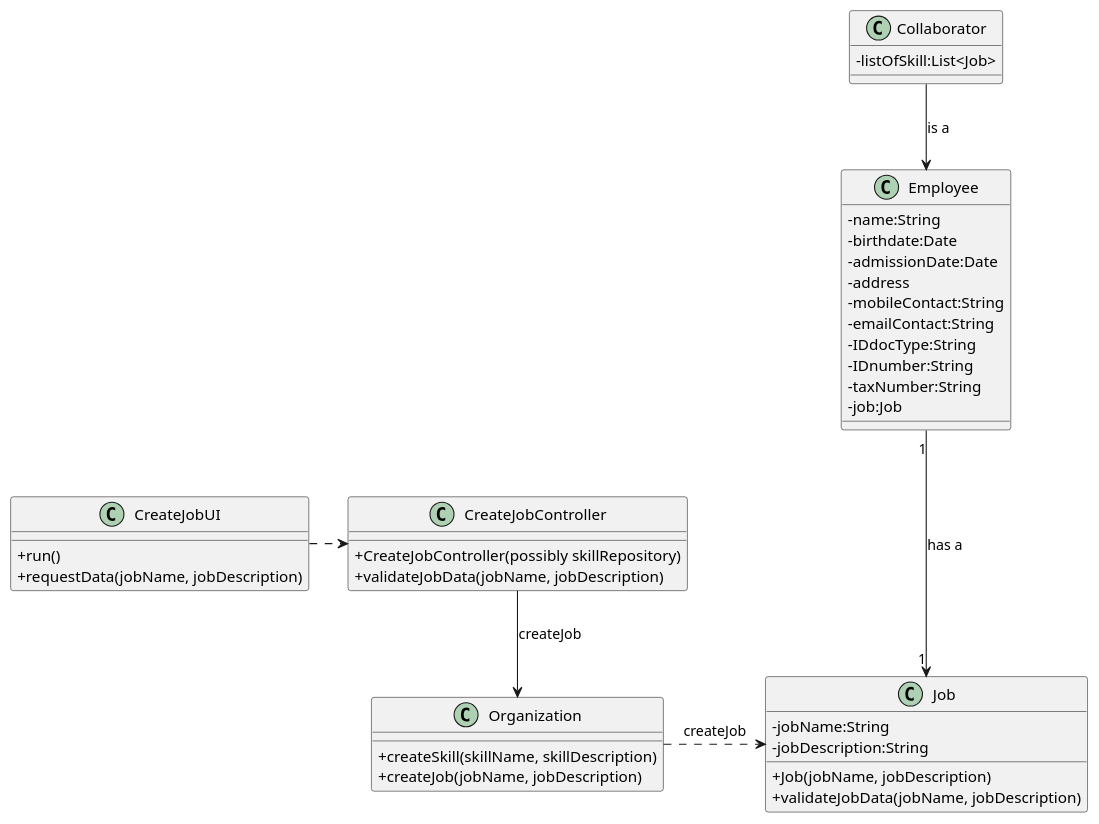
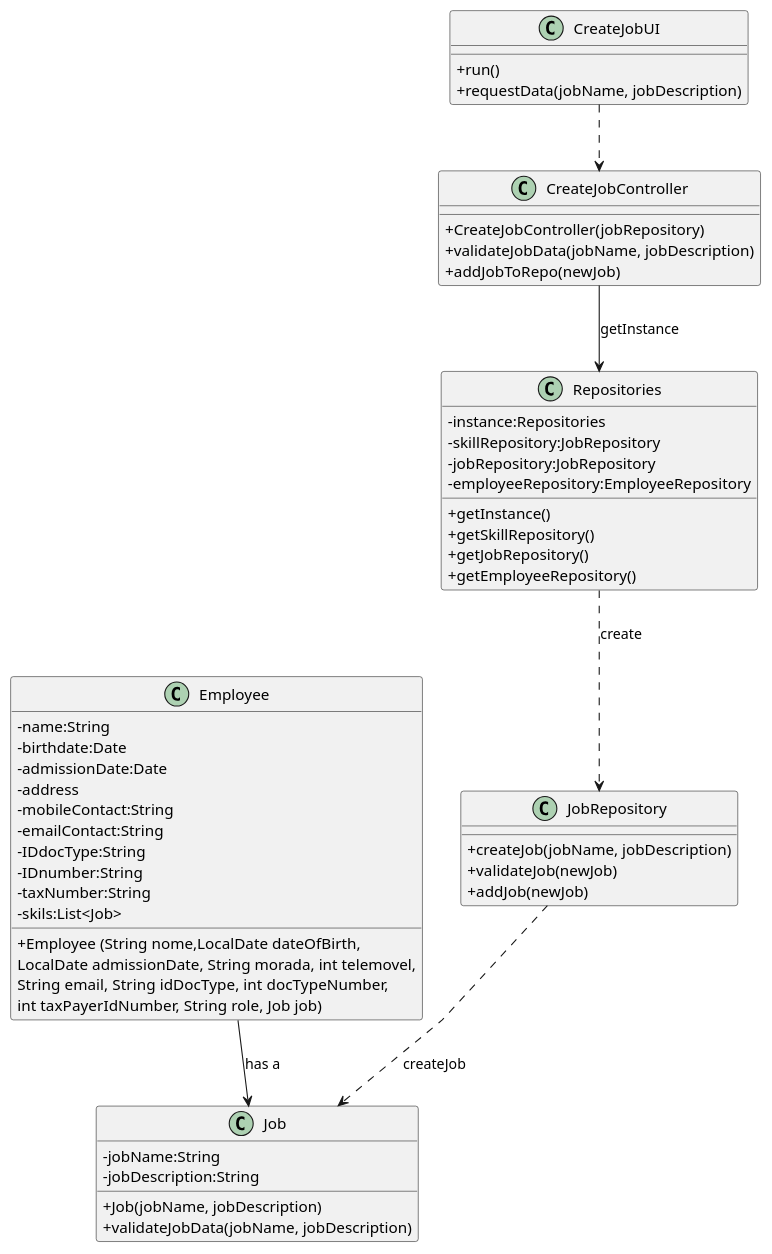
Before and after one commit to Paulo-Pereira-at-ISEP/lei-24-s2-1nanb-g321: the diagram in docs/sprintB/us02/03.design/puml/us02-class-diagram.puml, drawn with PlantUML.

Commit message:
LGGPM-118 - US02 - Design - Class diagram update

```diff
--- a/docs/sprintB/us02/03.design/puml/us02-class-diagram.puml
+++ b/docs/sprintB/us02/03.design/puml/us02-class-diagram.puml
@@ -1,64 +1,76 @@
 @startuml
 'skinparam monochrome true
 skinparam packageStyle rectangle
 skinparam shadowing false
 skinparam linetype polyline
 'skinparam linetype orto
 
 skinparam classAttributeIconSize 0
 
 'left to right direction
 
 class CreateJobController {
-    + CreateJobController(possibly skillRepository)
+    + CreateJobController(jobRepository)
     + validateJobData(jobName, jobDescription)
+    + addJobToRepo(newJob)
 
 }
 
 
 class CreateJobUI {
     +run()
     +requestData(jobName, jobDescription)
 }
+
 
 
 class Employee{
     -name:String
     -birthdate:Date
     -admissionDate:Date
     -address
     -mobileContact:String
     -emailContact:String
     -IDdocType:String
     -IDnumber:String
     -taxNumber:String
-    -job:Job
+    -skils:List<Job>
 
+    +Employee (String nome,LocalDate dateOfBirth,\nLocalDate admissionDate, String morada, int telemovel,\nString email, String idDocType, int docTypeNumber,\nint taxPayerIdNumber, String role, Job job)
 }
 
-class Collaborator {
-    -listOfSkill:List<Job>
+class Repositories{
+    - instance:Repositories
+    - skillRepository:JobRepository
+    - jobRepository:JobRepository
+    - employeeRepository:EmployeeRepository
+
+
+    + getInstance()
+    + getSkillRepository()
+    + getJobRepository()
+    + getEmployeeRepository()
 }
 
-class Organization {
-    +createSkill(skillName, skillDescription)
-    +createJob(jobName, jobDescription)
+class JobRepository{
+    + createJob(jobName, jobDescription)
+    + validateJob(newJob)
+    + addJob(newJob)
 }
-
-
 
 class Job {
     -jobName:String
     -jobDescription:String
 
     +Job(jobName, jobDescription)
     +validateJobData(jobName, jobDescription)
 }
 
-Employee "1" ---> "1" Job : has a
-CreateJobUI .> CreateJobController
-CreateJobController -->  Organization : createJob
-Organization .> Job : createJob
-Collaborator --> Employee : is a
+CreateJobUI ..> CreateJobController
+
+CreateJobController -->  Repositories : getInstance
+Repositories ..> JobRepository : create
+JobRepository ..> Job : createJob
+Employee --> Job : has a
 
 @enduml
```
